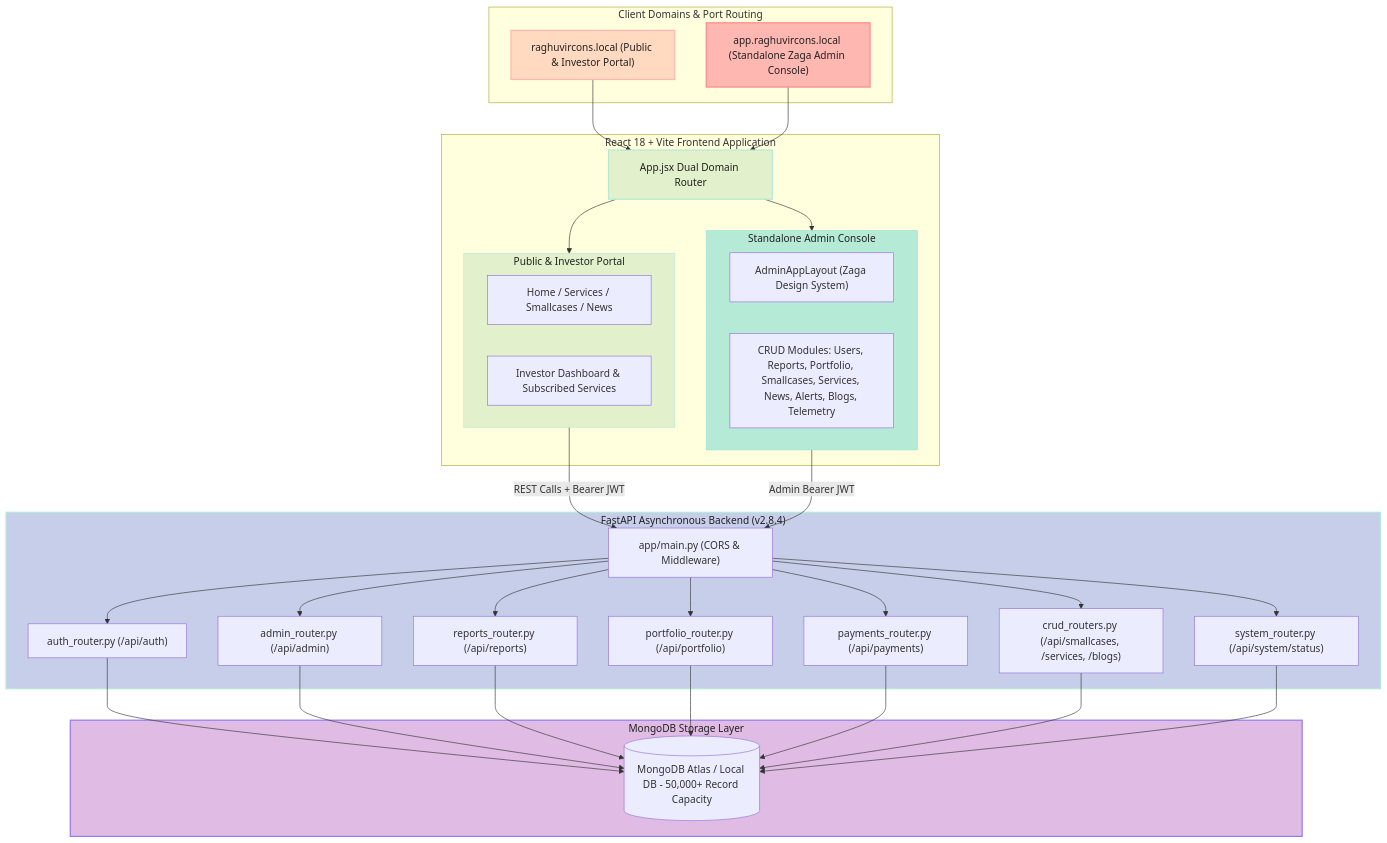
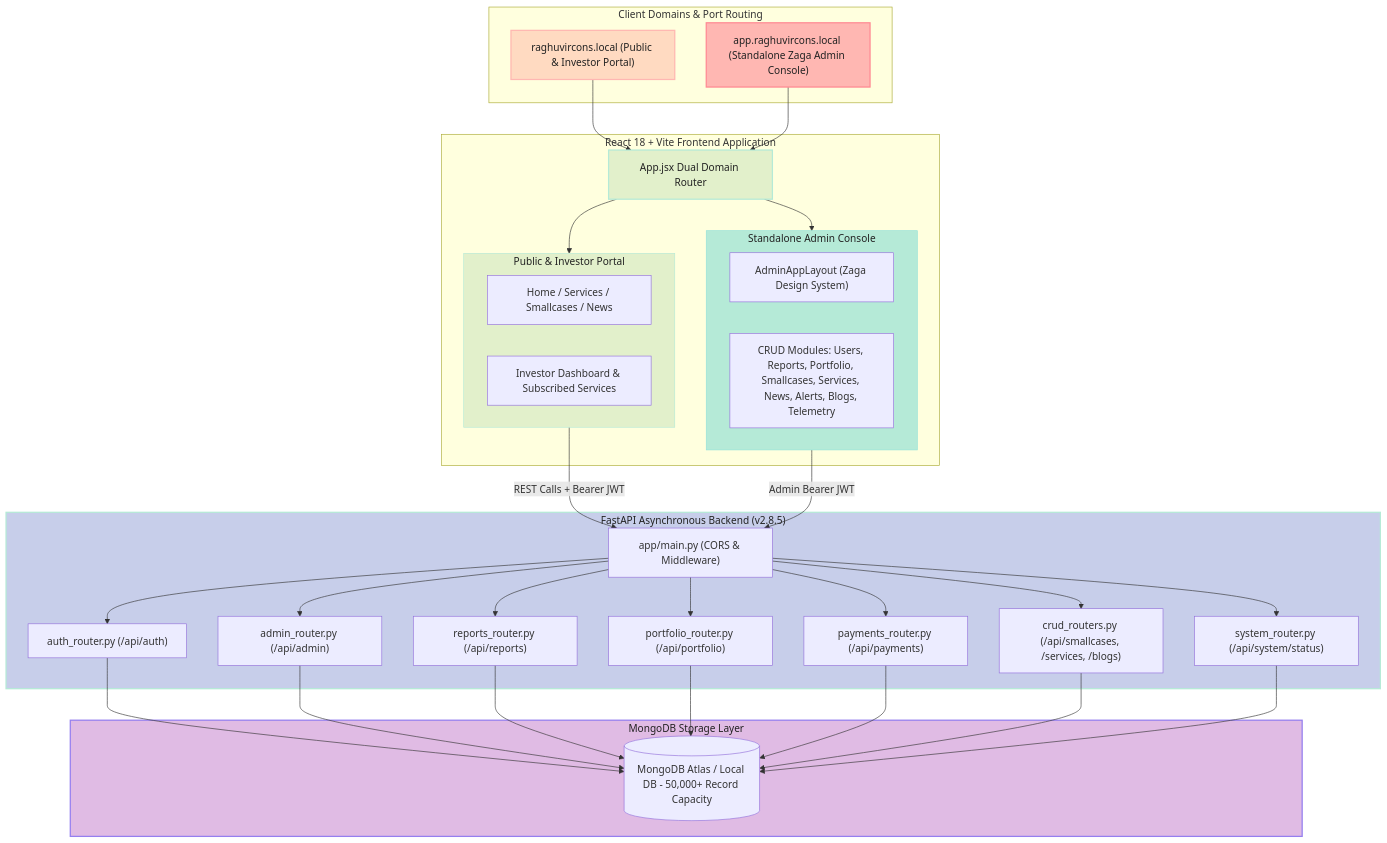
The first of 2 diagrams in backend/docs/ARCHITECTURE.md (tejasrsuthar/investment-strategy-all-weather), drawn with Mermaid before and after one commit. The commit also changed other lines of this file and 10 other files, not shown here.

````diff
--- a/backend/docs/ARCHITECTURE.md
+++ b/backend/docs/ARCHITECTURE.md
@@ -14,70 +14,70 @@
 ```mermaid
 graph TD
     subgraph ClientDomains["Client Domains & Port Routing"]
         PublicDomain["raghuvircons.local (Public & Investor Portal)"]
         AdminDomain["app.raghuvircons.local (Standalone Zaga Admin Console)"]
     end
 
     subgraph ReactFrontend["React 18 + Vite Frontend Application"]
         AppRouter["App.jsx Dual Domain Router"]
         
         subgraph PublicPortal["Public & Investor Portal"]
           PublicViews["Home / Services / Smallcases / News"]
           InvestorPortal["Investor Dashboard & Subscribed Services"]
         end
 
         subgraph ZagaAdmin["Standalone Admin Console"]
           AdminLayout["AdminAppLayout (Zaga Design System)"]
           AdminModules["CRUD Modules: Users, Reports, Portfolio, Smallcases, Services, News, Alerts, Blogs, Telemetry"]
         end
       end
 
-    subgraph FastAPIServer["FastAPI Asynchronous Backend (v2.8.4)"]
+    subgraph FastAPIServer["FastAPI Asynchronous Backend (v2.8.5)"]
         API["app/main.py (CORS & Middleware)"]
         AuthRouter["auth_router.py (/api/auth)"]
         AdminRouter["admin_router.py (/api/admin)"]
         ReportsRouter["reports_router.py (/api/reports)"]
         PortfolioRouter["portfolio_router.py (/api/portfolio)"]
         PaymentsRouter["payments_router.py (/api/payments)"]
         CRUDRouters["crud_routers.py (/api/smallcases, /services, /blogs)"]
         SystemRouter["system_router.py (/api/system/status)"]
     end
 
     subgraph DataStore["MongoDB Storage Layer"]
         MongoDB[(MongoDB Atlas / Local DB - 50,000+ Record Capacity)]
     end
 
     PublicDomain --> AppRouter
     AdminDomain --> AppRouter
 
     AppRouter --> PublicPortal
     AppRouter --> ZagaAdmin
 
     PublicPortal -->|REST Calls + Bearer JWT| API
     ZagaAdmin -->|Admin Bearer JWT| API
 
     API --> AuthRouter
     API --> AdminRouter
     API --> ReportsRouter
     API --> PortfolioRouter
     API --> PaymentsRouter
     API --> CRUDRouters
     API --> SystemRouter
 
     AuthRouter --> MongoDB
     AdminRouter --> MongoDB
     ReportsRouter --> MongoDB
     PortfolioRouter --> MongoDB
     PaymentsRouter --> MongoDB
     CRUDRouters --> MongoDB
     SystemRouter --> MongoDB
 
     %% Pastel Color Palette Styling
     style PublicDomain fill:#FFDAC1,stroke:#FFB7B2,stroke-width:2px,color:#222;
     style AdminDomain fill:#FFB7B2,stroke:#FF8B94,stroke-width:2px,color:#222;
     style AppRouter fill:#E2F0CB,stroke:#B5EAD7,stroke-width:2px,color:#222;
     style PublicPortal fill:#E2F0CB,stroke:#B5EAD7,stroke-width:1px,color:#222;
     style ZagaAdmin fill:#B5EAD7,stroke:#93E1D8,stroke-width:1px,color:#222;
     style FastAPIServer fill:#C7CEEA,stroke:#B5EAD7,stroke-width:2px,color:#222;
     style DataStore fill:#E0BBE4,stroke:#957FEF,stroke-width:2px,color:#222;
 ```
````
